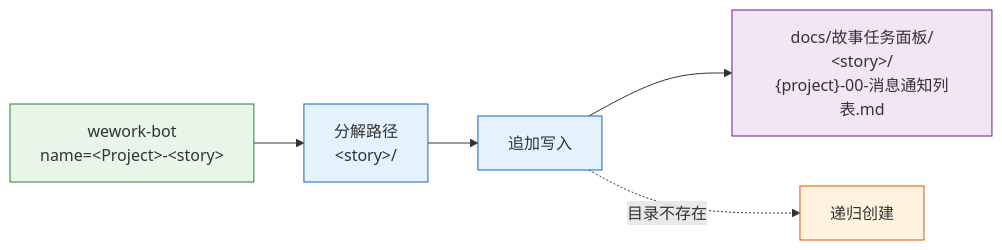
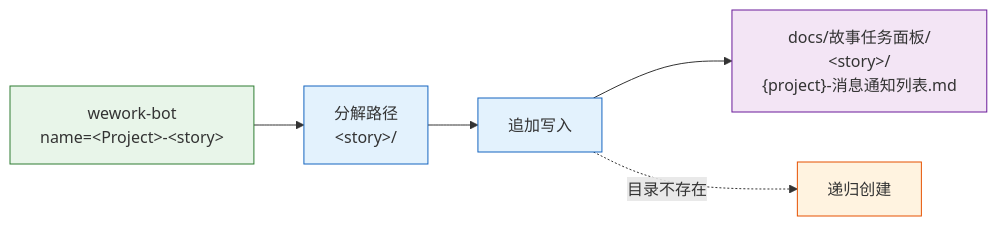
Before and after one commit to effiy/YrY: the fifth of 11 diagrams in skills/wework-bot/SKILL.md, drawn with Mermaid. The commit also changed other lines of this file and 90 other files, not shown here.

````diff
--- a/skills/wework-bot/SKILL.md
+++ b/skills/wework-bot/SKILL.md
@@ -181,13 +181,13 @@
 ```mermaid
 flowchart LR
     SEND["wework-bot<br/>name=&lt;Project&gt;-&lt;story&gt;"]:::src --> PARSE["分解路径<br/>&lt;story&gt;/"]:::op
     PARSE --> APPEND["追加写入"]:::op
-    APPEND --> FILE["docs/故事任务面板/<br/>&lt;story&gt;/<br/>{project}-00-消息通知列表.md"]:::file
+    APPEND --> FILE["docs/故事任务面板/<br/>&lt;story&gt;/<br/>{project}-消息通知列表.md"]:::file
 
     APPEND -.->|"目录不存在"| MKDIR["递归创建"]:::util
 
     classDef src fill:#e8f5e9,stroke:#2e7d32;
     classDef op fill:#e3f2fd,stroke:#1565c0;
     classDef file fill:#f3e5f5,stroke:#6a1b9a;
     classDef util fill:#fff3e0,stroke:#e65100;
 ```
````
